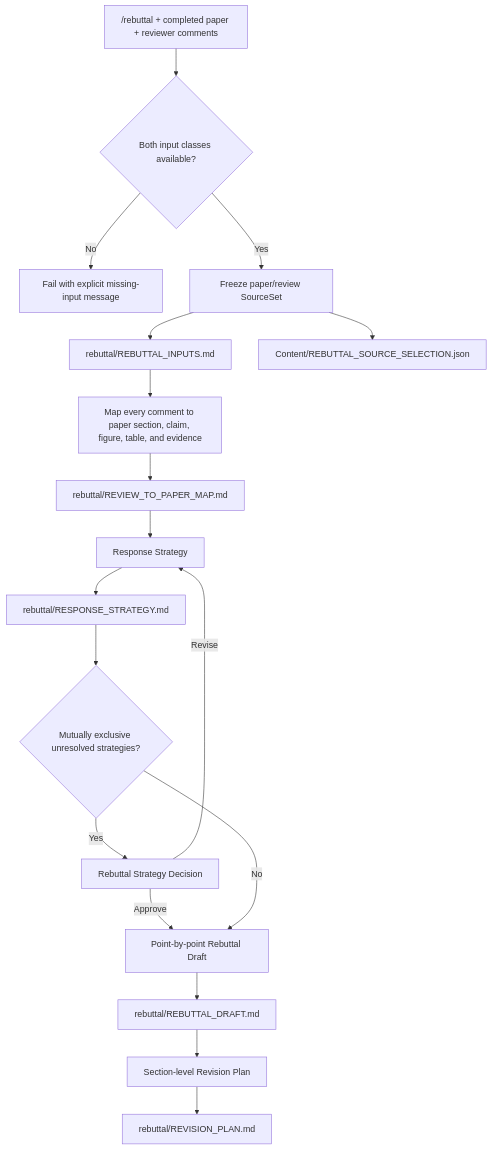
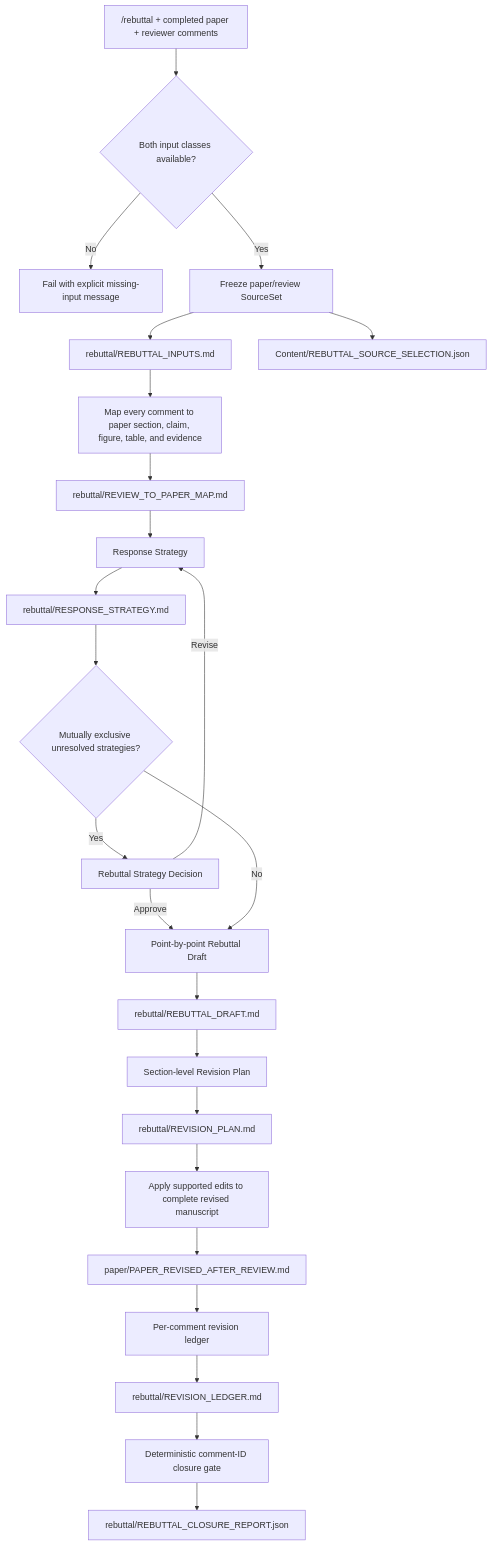
Before and after one commit to Amber-December/research-agent-platform: the sixth of 8 diagrams in docs/workflow-command-flows.md, drawn with Mermaid. The commit also changed other lines of this file and 19 other files, not shown here.

Commit message:
feat: add evidence-gated paper and rebuttal delivery

````diff
--- a/docs/workflow-command-flows.md
+++ b/docs/workflow-command-flows.md
@@ -89,20 +111,26 @@
 ```mermaid
 flowchart TD
     A["/rebuttal + completed paper + reviewer comments"] --> B{"Both input classes available?"}
     B -->|No| C["Fail with explicit missing-input message"]
     B -->|Yes| D["Freeze paper/review SourceSet"]
     D --> D1["rebuttal/REBUTTAL_INPUTS.md"]
     D --> D2["Content/REBUTTAL_SOURCE_SELECTION.json"]
     D1 --> E["Map every comment to paper section, claim, figure, table, and evidence"]
     E --> E1["rebuttal/REVIEW_TO_PAPER_MAP.md"]
     E1 --> F["Response Strategy"]
     F --> F1["rebuttal/RESPONSE_STRATEGY.md"]
     F1 --> G{"Mutually exclusive unresolved strategies?"}
     G -->|Yes| H["Rebuttal Strategy Decision"]
     H -->|Revise| F
     H -->|Approve| I["Point-by-point Rebuttal Draft"]
     G -->|No| I
     I --> I1["rebuttal/REBUTTAL_DRAFT.md"]
     I1 --> J["Section-level Revision Plan"]
     J --> J1["rebuttal/REVISION_PLAN.md"]
+    J1 --> K["Apply supported edits to complete revised manuscript"]
+    K --> K1["paper/PAPER_REVISED_AFTER_REVIEW.md"]
+    K1 --> L["Per-comment revision ledger"]
+    L --> L1["rebuttal/REVISION_LEDGER.md"]
+    L1 --> M["Deterministic comment-ID closure gate"]
+    M --> M1["rebuttal/REBUTTAL_CLOSURE_REPORT.json"]
 ```
````
